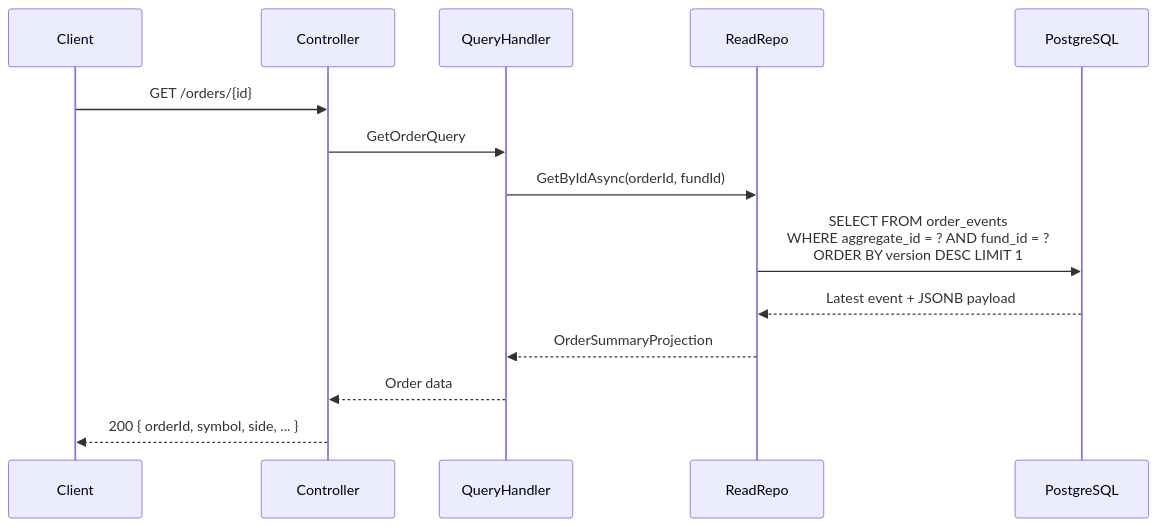
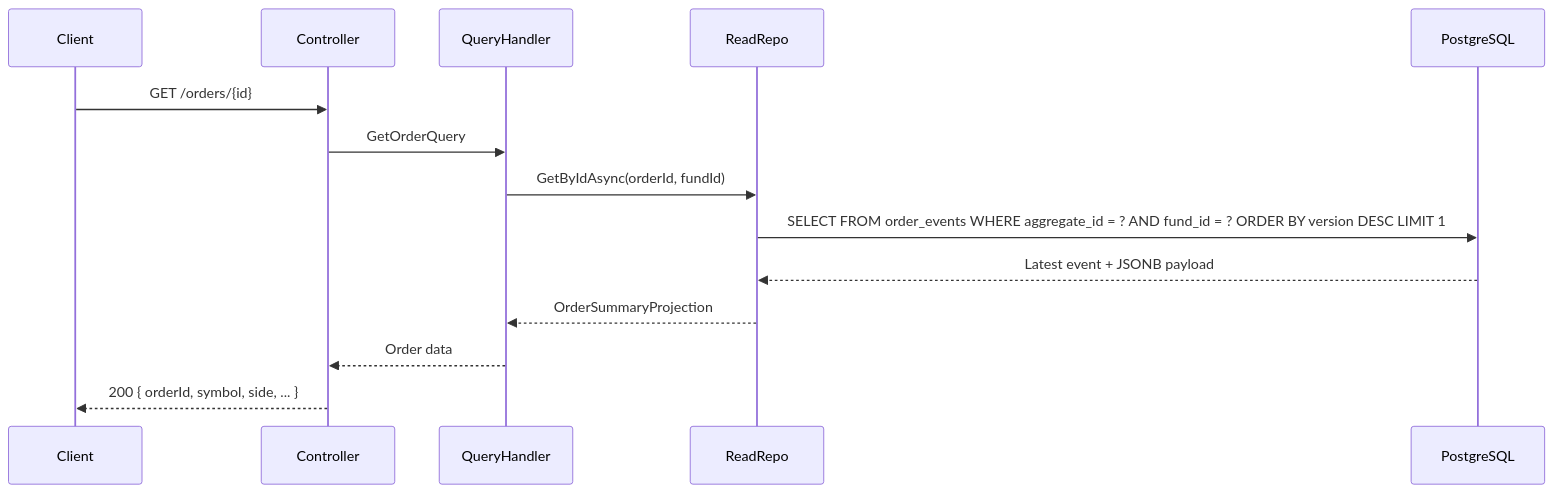
One commit to DynamicKarabo/equilink changed the third of 12 diagrams in README.md. Above: the diagram before and after it, drawn with Mermaid. The commit also changed other lines of this file, not shown here.

Commit message:
Replace br tags with spaces in Mermaid diagrams for GitHub compatibility

````diff
--- a/README.md
+++ b/README.md
@@ -158,17 +158,17 @@
 ```mermaid
 sequenceDiagram
     participant Client
     participant Controller
     participant QueryHandler
     participant ReadRepo
     participant PostgreSQL
 
     Client->>Controller: GET /orders/{id}
     Controller->>QueryHandler: GetOrderQuery
     QueryHandler->>ReadRepo: GetByIdAsync(orderId, fundId)
-    ReadRepo->>PostgreSQL: SELECT FROM order_events<br/>WHERE aggregate_id = ? AND fund_id = ?<br/>ORDER BY version DESC LIMIT 1
+    ReadRepo->>PostgreSQL: SELECT FROM order_events WHERE aggregate_id = ? AND fund_id = ? ORDER BY version DESC LIMIT 1
     PostgreSQL-->>ReadRepo: Latest event + JSONB payload
     ReadRepo-->>QueryHandler: OrderSummaryProjection
     QueryHandler-->>Controller: Order data
     Controller-->>Client: 200 { orderId, symbol, side, ... }
 ```
````
